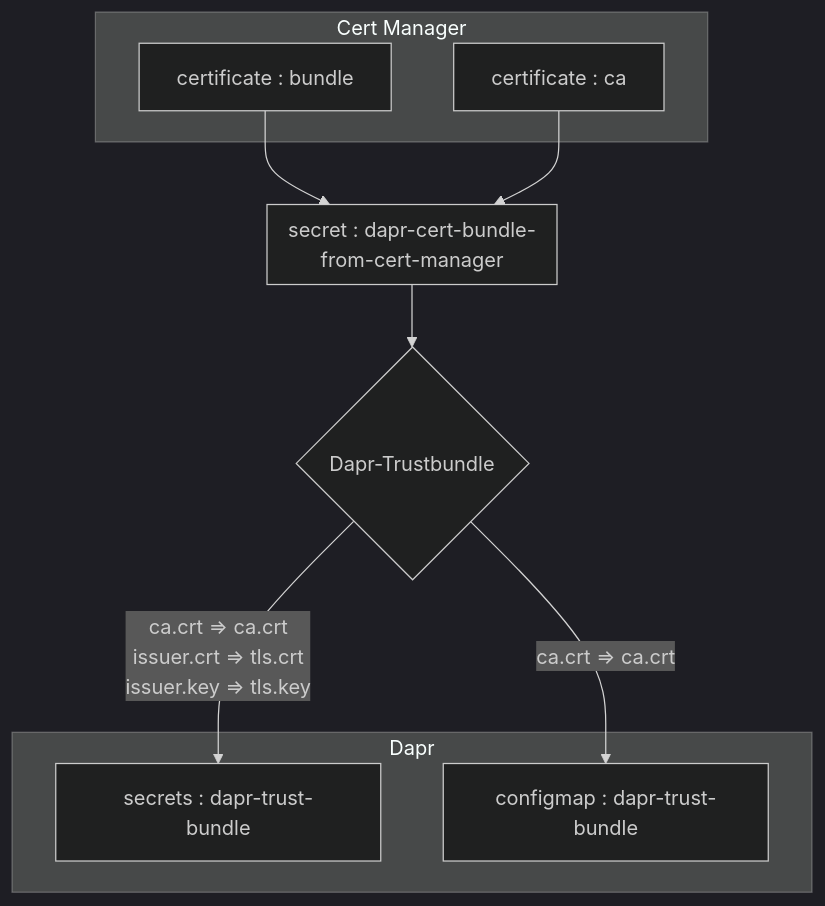
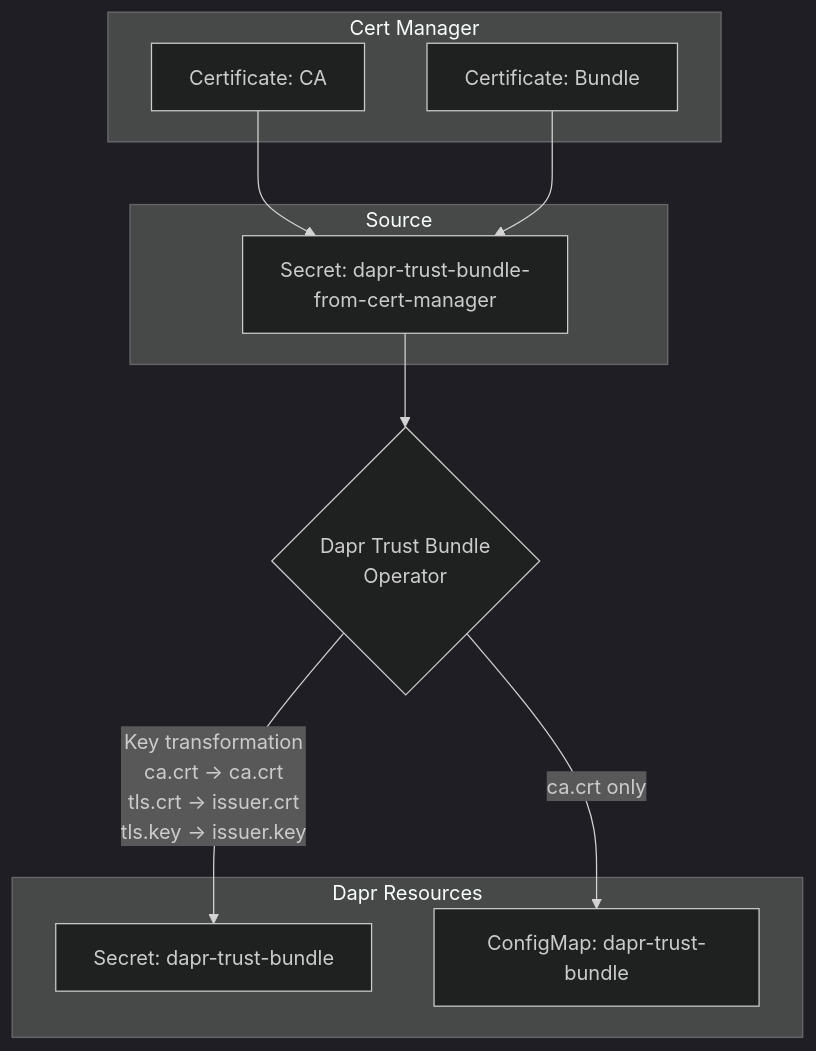
The diagram in README.md (Elenpay/dapr-trustbundle), drawn with Mermaid (dark theme) before and after one commit. The commit also changed other lines of this file and 9 other files, not shown here.

````diff
--- a/README.md
+++ b/README.md
@@ -28,23 +22,24 @@
-``` mermaid
+```mermaid
 graph TD
     subgraph "Cert Manager"
-        A[certificate : ca]
-        B[certificate : bundle]
+        A[Certificate: CA]
+        B[Certificate: Bundle]
     end
 
-    C{Dapr-Trustbundle}
+    C{Dapr Trust Bundle<br/>Operator}
 
-    subgraph "Dapr"
-        D[secrets : dapr-trust-bundle]
-        E[configmap : dapr-trust-bundle]
+    subgraph "Dapr Resources"
+        D[Secret: dapr-trust-bundle]
+        E[ConfigMap: dapr-trust-bundle]
     end
 
-    subgraph cert-manager_bundle [secret : dapr-cert-bundle-from-cert-manager]
+    subgraph "Source"
+        F[Secret: dapr-trust-bundle-from-cert-manager]
     end
 
-    B --> cert-manager_bundle
-    A --> cert-manager_bundle
-    cert-manager_bundle --> C
-    C -- "ca.crt => ca.crt<br>issuer.crt => tls.crt<br>issuer.key => tls.key" --> D
-    C -- "ca.crt => ca.crt" --> E
+    A --> F
+    B --> F
+    F --> C
+    C -- "Key transformation<br/>ca.crt → ca.crt<br/>tls.crt → issuer.crt<br/>tls.key → issuer.key" --> D
+    C -- "ca.crt only" --> E
 ```
````
